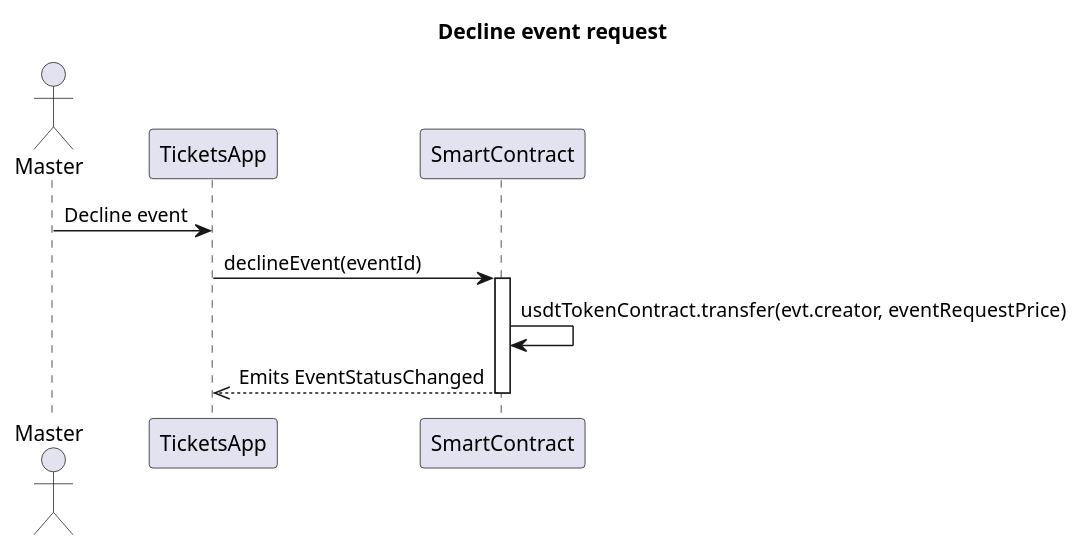
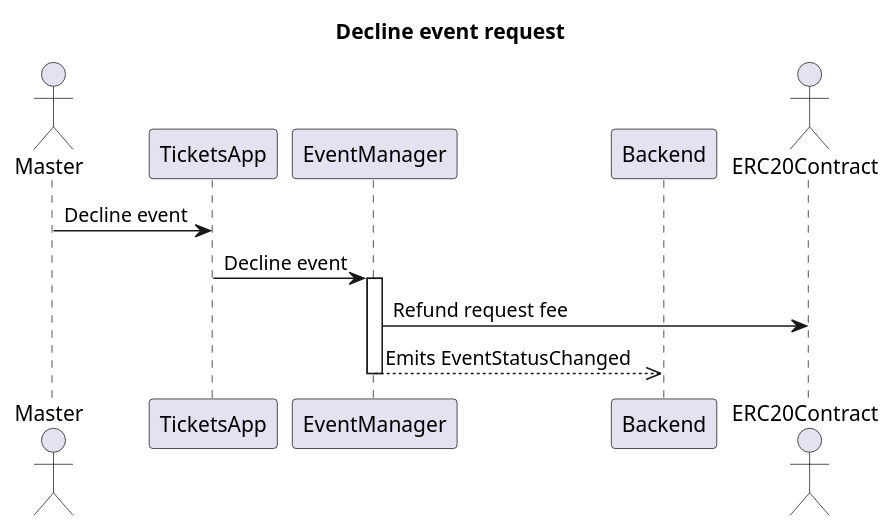
Before and after one commit to ai-shift/cyber-valley-tickets: the ninth of 24 diagrams in README.org, drawn with PlantUML. The commit also changed other lines of this file and 20 other files, not shown here.

Commit message:
fix: Actualize diagrams

```diff
--- a/README.org
+++ b/README.org
@@ -263,14 +262,16 @@
 #+begin_src plantuml :file ./img/decline-event-request.png
 title Decline event request
 
 actor Master
 participant TicketsApp
-participant SmartContract
+participant EventManager
+participant Backend
+actor ERC20Contract
 
 Master -> TicketsApp: Decline event
-TicketsApp -> SmartContract: declineEvent(eventId)
-activate SmartContract
-SmartContract -> SmartContract: usdtTokenContract.transfer(evt.creator, eventRequestPrice)
-SmartContract -->> TicketsApp: Emits EventStatusChanged
-deactivate SmartContract
+TicketsApp -> EventManager: Decline event
+activate EventManager
+EventManager -> ERC20Contract: Refund request fee
+EventManager -->> Backend: Emits EventStatusChanged
+deactivate EventManager
 #+end_src
```
